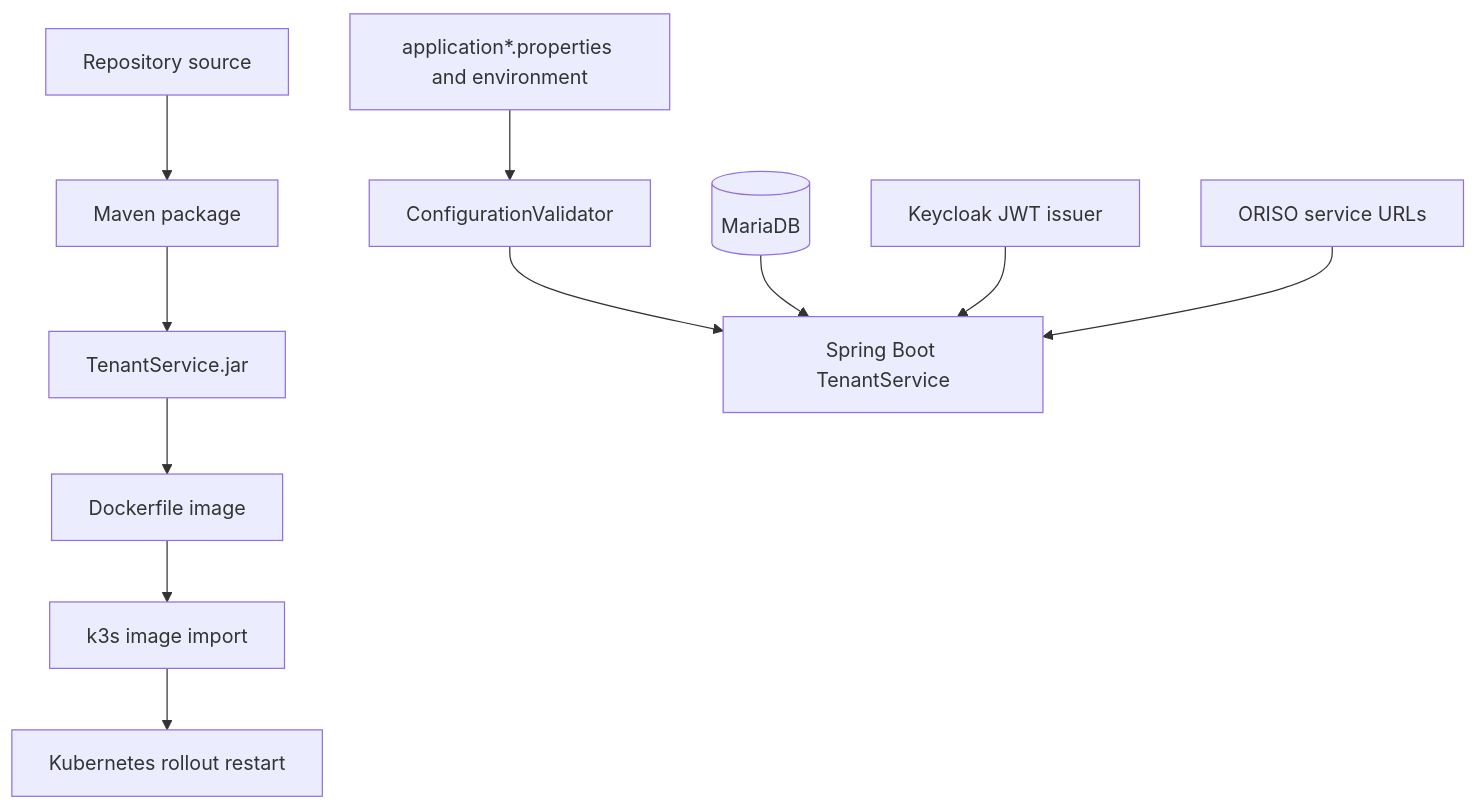
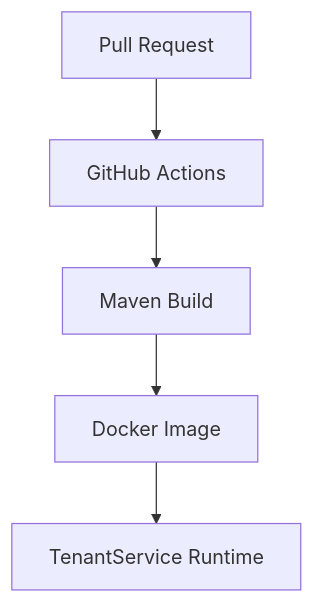
One commit to OpenResilienceInitiative/ORISO-TenantService changed the diagram in .understand-anything/visuals/deployment-flow.mmd. Above: the diagram before and after it, drawn with Mermaid. The commit also changed 16 other files, not shown here.

First line of the commit message:
docs(graph): update Understand-Anything graph

```diff
--- a/.understand-anything/visuals/deployment-flow.mmd
+++ b/.understand-anything/visuals/deployment-flow.mmd
@@ -1,11 +1,5 @@
 flowchart TD
-  Source[Repository source] --> Maven[Maven package]
-  Maven --> Jar[TenantService.jar]
-  Jar --> Docker[Dockerfile image]
-  Docker --> K3s[k3s image import]
-  K3s --> Rollout[Kubernetes rollout restart]
-  Config[application*.properties and environment] --> Validator[ConfigurationValidator]
-  Validator --> App[Spring Boot TenantService]
-  DB[(MariaDB)] --> App
-  Keycloak[Keycloak JWT issuer] --> App
-  Services[ORISO service URLs] --> App
+  PR[Pull Request] --> CI[GitHub Actions]
+  CI --> Maven[Maven Build]
+  Maven --> Docker[Docker Image]
+  Docker --> Runtime[TenantService Runtime]
```
